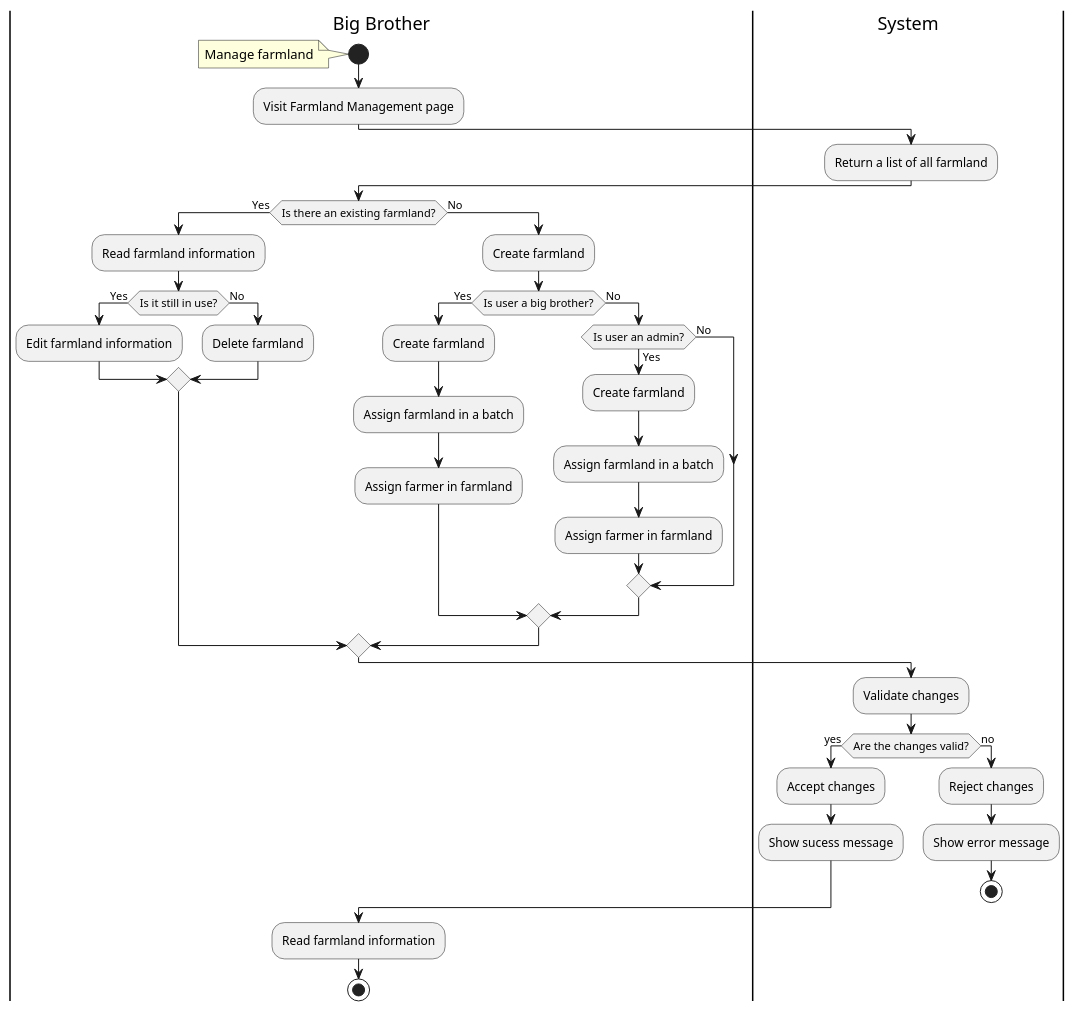
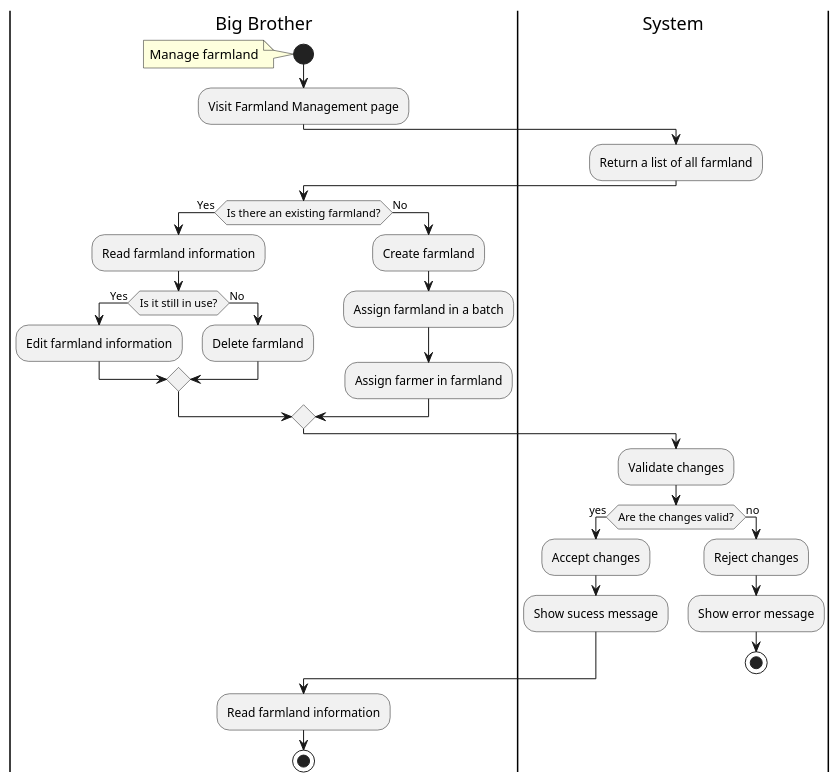
The diagram in plantuml/proposed/activity/manage-farmland.wsd (radical-doubting/anikultura-diagrams), drawn with PlantUML before and after one commit. The commit also changed 1 other file, not shown here.

Commit message:
Updated diagrams to include seed allocation activity

```diff
--- a/plantuml/proposed/activity/manage-farmland.wsd
+++ b/plantuml/proposed/activity/manage-farmland.wsd
@@ -1,53 +1,42 @@
 @startuml
 
 |Big Brother|
 start
 note left: Manage farmland
 
 :Visit Farmland Management page;
 
 |System|
 :Return a list of all farmland;
 |Big Brother|
 
 if (Is there an existing farmland?) then (Yes)
     :Read farmland information;
     if (Is it still in use?) then (Yes)
         :Edit farmland information;
     else (No)
         :Delete farmland;
     endif
 else (No)
     :Create farmland;
-
-    if (Is user a big brother?) then (Yes)
-        :Create farmland;
-        :Assign farmland in a batch;
-        :Assign farmer in farmland;
-    else (No)
-        if (Is user an admin?) then (Yes)
-            :Create farmland;
-            :Assign farmland in a batch;
-            :Assign farmer in farmland;
-        else (No)
-        endif
-    endif
+    :Assign farmland in a batch;
+    :Assign farmer in farmland;
 endif
 
 |System|
 :Validate changes;
 if (Are the changes valid?) then (yes)
     :Accept changes;
     :Show sucess message;
 else (no)
     :Reject changes;
     :Show error message;
     stop
 endif
 
 |Big Brother|
 :Read farmland information;
 
 stop
 
 @enduml
```
